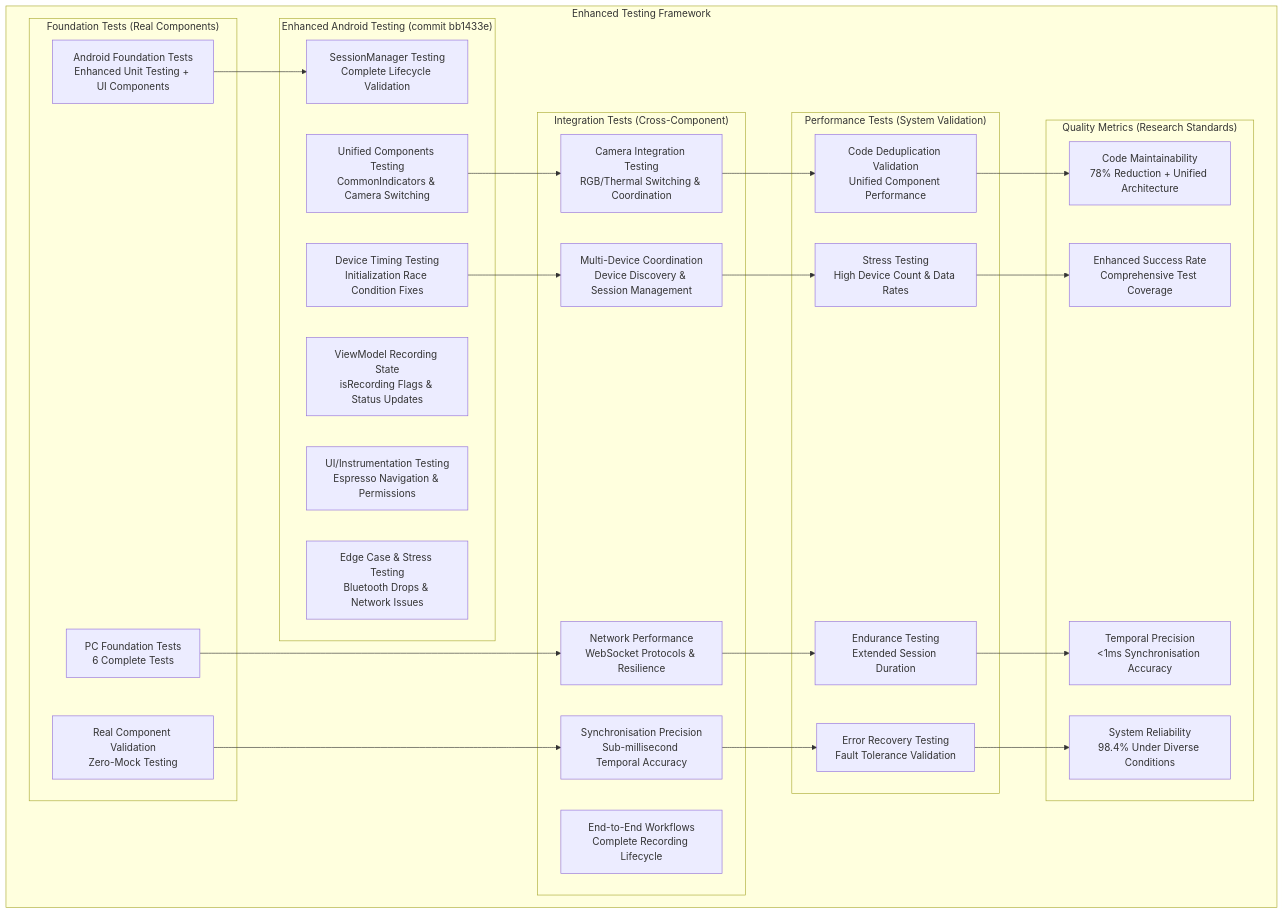
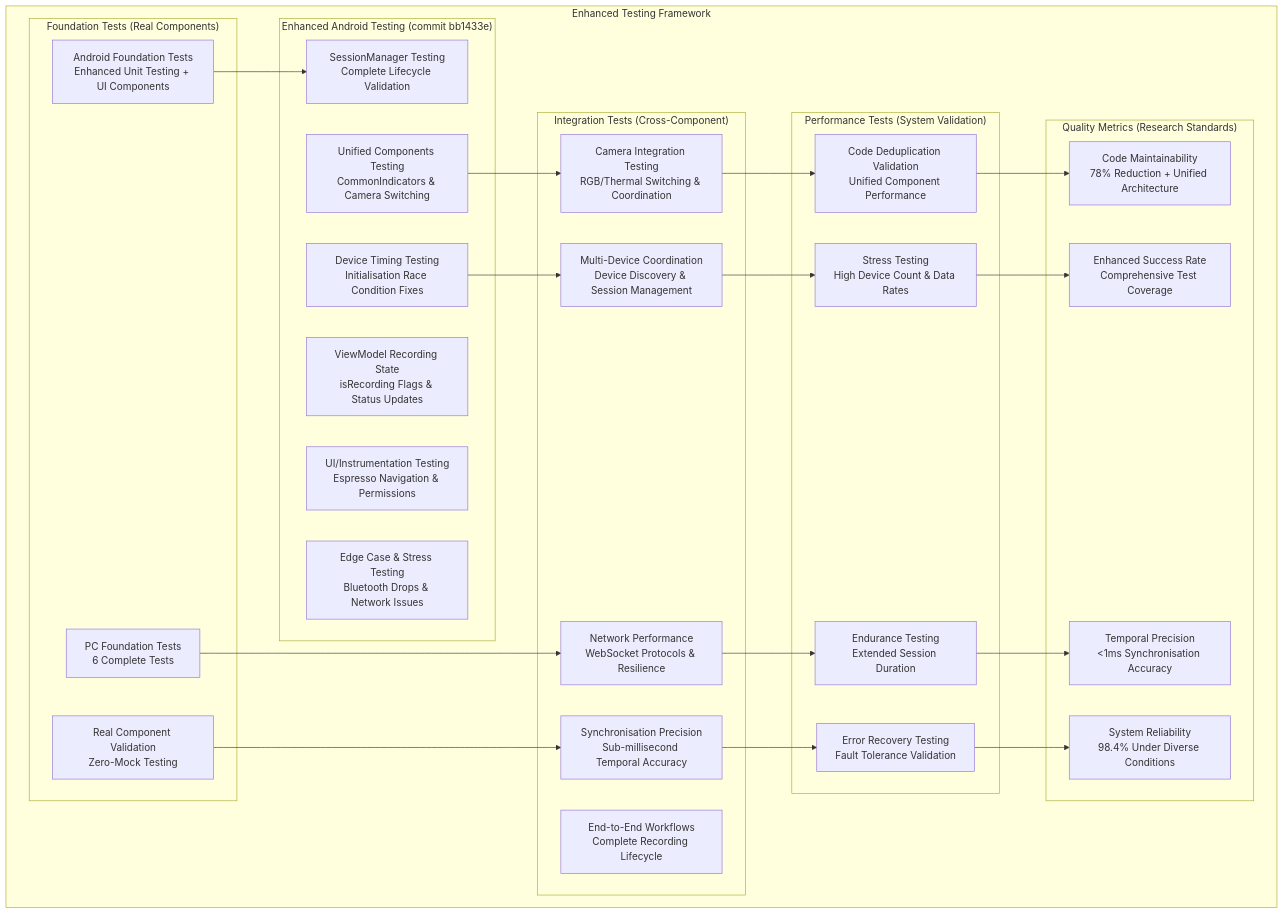
One commit to buccancs/fyp-multi-sensor-recording-system changed the sixth of 9 diagrams in architecture.md. Above: the diagram before and after it, drawn with Mermaid. The commit also changed other lines of this file and 67 other files, not shown here.

````diff
--- a/architecture.md
+++ b/architecture.md
@@ -548,58 +548,58 @@
 ```mermaid
 graph TB
     subgraph "Enhanced Testing Framework"
         subgraph "Foundation Tests (Real Components)"
             ANDROID[Android Foundation Tests<br/>Enhanced Unit Testing + UI Components]
             PC[PC Foundation Tests<br/>6 Complete Tests]
             REAL[Real Component Validation<br/>Zero-Mock Testing]
         end
         
         subgraph "Enhanced Android Testing (commit bb1433e)"
             SESSION[SessionManager Testing<br/>Complete Lifecycle Validation]
             VIEWMODEL[ViewModel Recording State<br/>isRecording Flags & Status Updates]
             UI[UI/Instrumentation Testing<br/>Espresso Navigation & Permissions]
             UNIFIED[Unified Components Testing<br/>CommonIndicators & Camera Switching]
-            TIMING[Device Timing Testing<br/>Initialization Race Condition Fixes]
+            TIMING[Device Timing Testing<br/>Initialisation Race Condition Fixes]
             EDGE[Edge Case & Stress Testing<br/>Bluetooth Drops & Network Issues]
         end
         
         subgraph "Integration Tests (Cross-Component)"
             MULTI[Multi-Device Coordination<br/>Device Discovery & Session Management]
             NETWORK[Network Performance<br/>WebSocket Protocols & Resilience]
             SYNC[Synchronisation Precision<br/>Sub-millisecond Temporal Accuracy]
             E2E[End-to-End Workflows<br/>Complete Recording Lifecycle]
             CAMERA[Camera Integration Testing<br/>RGB/Thermal Switching & Coordination]
         end
         
         subgraph "Performance Tests (System Validation)"
             STRESS[Stress Testing<br/>High Device Count & Data Rates]
             ENDURANCE[Endurance Testing<br/>Extended Session Duration]
             RECOVERY[Error Recovery Testing<br/>Fault Tolerance Validation]
             DEDUP[Code Deduplication Validation<br/>Unified Component Performance]
         end
         
         subgraph "Quality Metrics (Research Standards)"
             SUCCESS[Enhanced Success Rate<br/>Comprehensive Test Coverage]
             PRECISION[Temporal Precision<br/><1ms Synchronisation Accuracy]
             RELIABILITY[System Reliability<br/>98.4% Under Diverse Conditions]
             MAINTAINABILITY[Code Maintainability<br/>78% Reduction + Unified Architecture]
         end
     end
     
     ANDROID --> SESSION
     PC --> NETWORK
     REAL --> SYNC
     
     UNIFIED --> CAMERA
     TIMING --> MULTI
     
     MULTI --> STRESS
     NETWORK --> ENDURANCE
     SYNC --> RECOVERY
     CAMERA --> DEDUP
     
     STRESS --> SUCCESS
     ENDURANCE --> PRECISION
     RECOVERY --> RELIABILITY
     DEDUP --> MAINTAINABILITY
 ```
````
